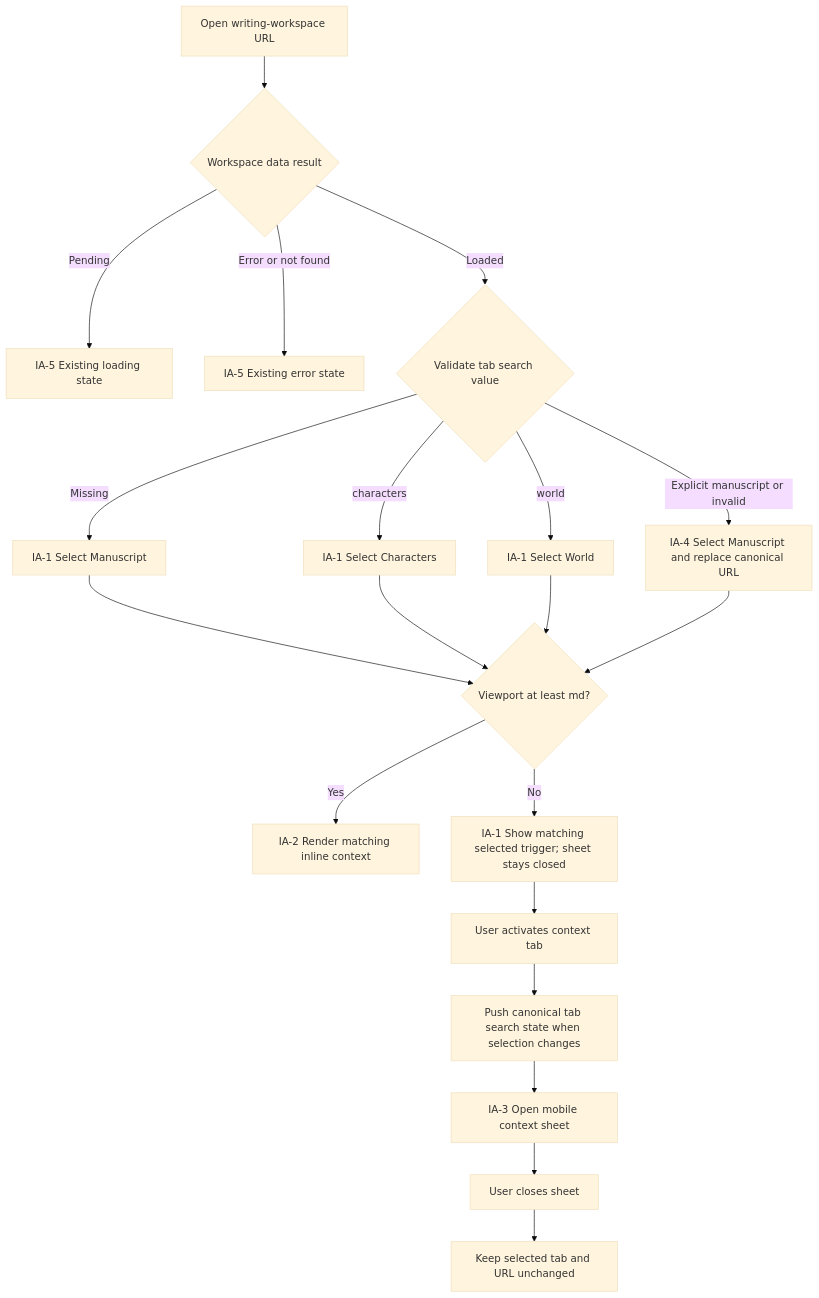
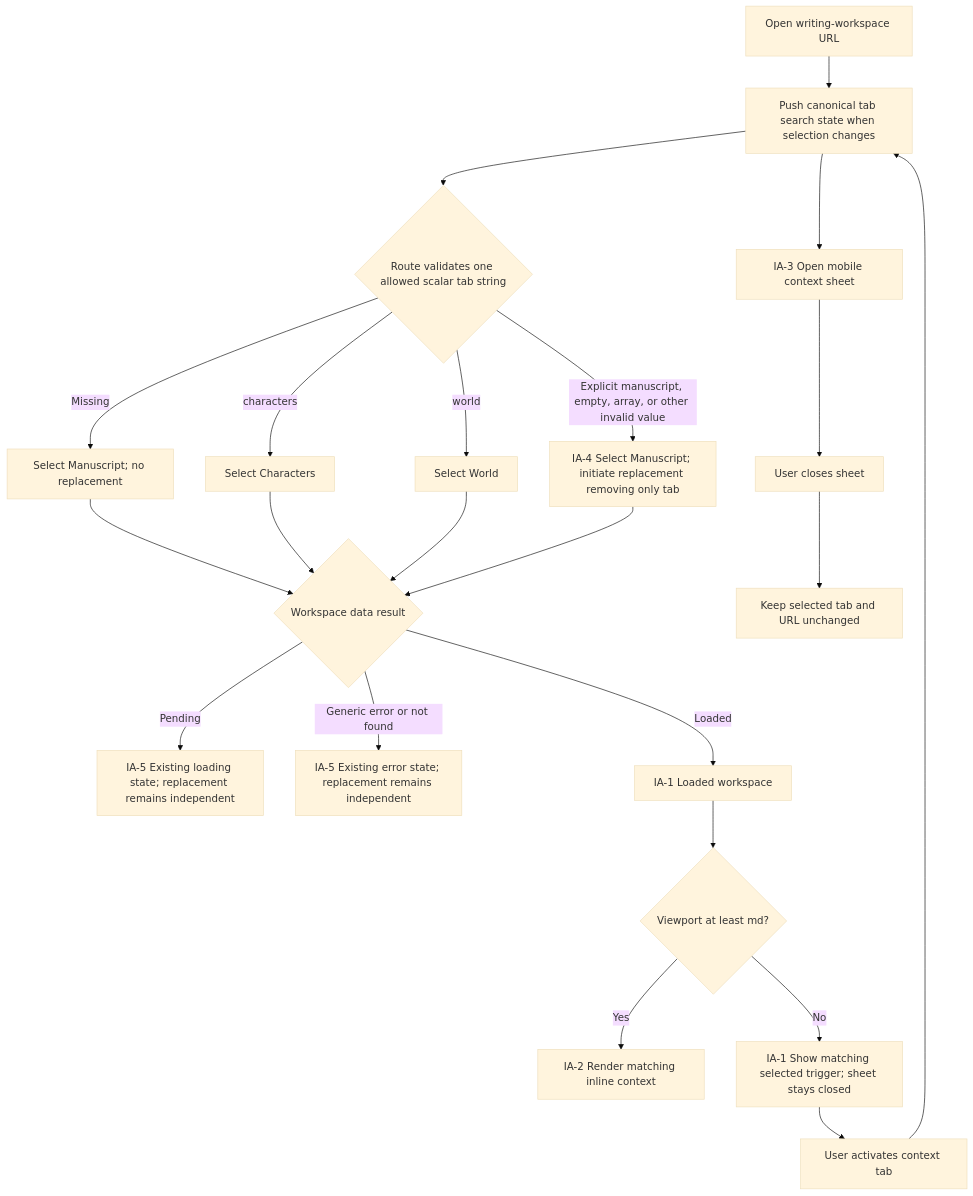
Before and after one commit to jungting20/romance-agent: the first of 2 diagrams in frontend/docs/ui-plans/writing-workspace-tab-url-state.md, drawn with Mermaid (base theme). The commit also changed other lines of this file, not shown here.

Commit message:
docs(frontend): clarify tab URL canonicalization

````diff
--- a/frontend/docs/ui-plans/writing-workspace-tab-url-state.md
+++ b/frontend/docs/ui-plans/writing-workspace-tab-url-state.md
@@ -176,22 +204,24 @@
 ```mermaid
 flowchart TD
-  A[Open writing-workspace URL] --> B{Workspace data result}
-  B -->|Pending| L[IA-5 Existing loading state]
-  B -->|Error or not found| E[IA-5 Existing error state]
-  B -->|Loaded| V{Validate tab search value}
-  V -->|Missing| M[IA-1 Select Manuscript]
-  V -->|characters| C[IA-1 Select Characters]
-  V -->|world| W[IA-1 Select World]
-  V -->|Explicit manuscript or invalid| R[IA-4 Select Manuscript and replace canonical URL]
-  M --> D{Viewport at least md?}
-  C --> D
-  W --> D
-  R --> D
+  A[Open writing-workspace URL] --> P[TanStack parses raw search]
+  P --> V{Route validates one allowed scalar tab string}
+  V -->|Missing| M[Select Manuscript; no replacement]
+  V -->|characters| C[Select Characters]
+  V -->|world| W[Select World]
+  V -->|Explicit manuscript, empty, array, or other invalid value| R[IA-4 Select Manuscript; initiate replacement removing only tab]
+  M --> Q{Workspace data result}
+  C --> Q
+  W --> Q
+  R --> Q
+  Q -->|Pending| L[IA-5 Existing loading state; replacement remains independent]
+  Q -->|Generic error or not found| E[IA-5 Existing error state; replacement remains independent]
+  Q -->|Loaded| B[IA-1 Loaded workspace]
+  B --> D{Viewport at least md?}
   D -->|Yes| I[IA-2 Render matching inline context]
   D -->|No| S[IA-1 Show matching selected trigger; sheet stays closed]
   S --> T[User activates context tab]
   T --> P[Push canonical tab search state when selection changes]
   P --> O[IA-3 Open mobile context sheet]
   O --> X[User closes sheet]
   X --> K[Keep selected tab and URL unchanged]
 ```
````
